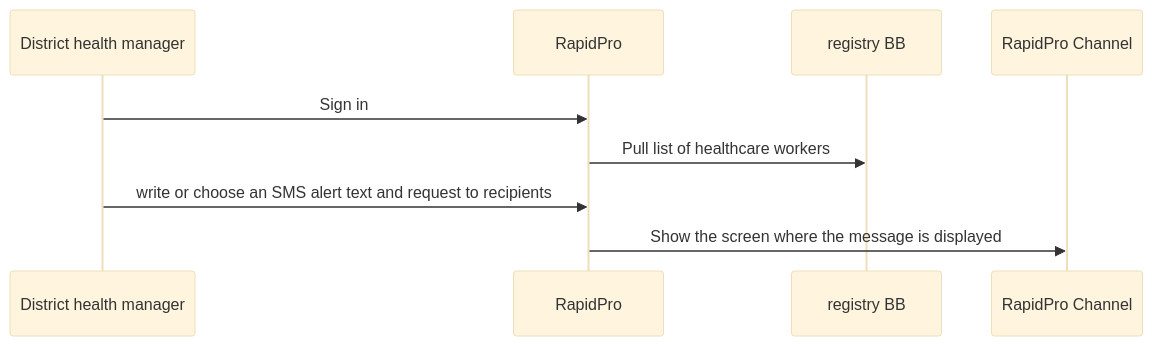
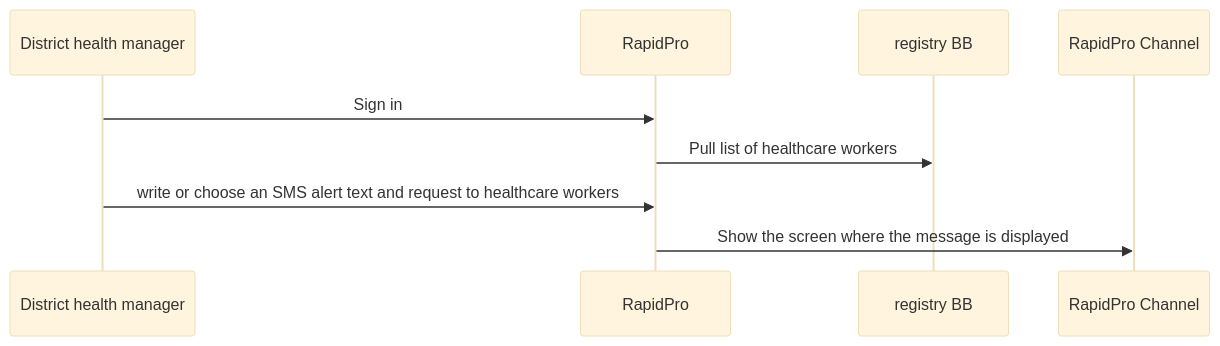
One commit to GovStackWorkingGroup/sandbox changed the diagram in docs/access-demos/message-use-case.md. Above: the diagram before and after it, drawn with Mermaid (base theme).

Commit message:
Diagram improvement.

````diff
--- a/docs/access-demos/message-use-case.md
+++ b/docs/access-demos/message-use-case.md
@@ -11,7 +11,7 @@
 ```mermaid
 sequenceDiagram
     District health manager ->> RapidPro: Sign in
     RapidPro ->> registry BB: Pull list of healthcare workers 
-  District health manager ->> RapidPro: write or choose an SMS alert text and request to recipients
-    RapidPro ->> RapidPro Channel: Show the screen where the message is displayed
+  District health manager ->> RapidPro: write or choose an SMS alert text and request to healthcare workers
+  RapidPro ->> RapidPro Channel: Show the screen where the message is displayed
 ```
````
